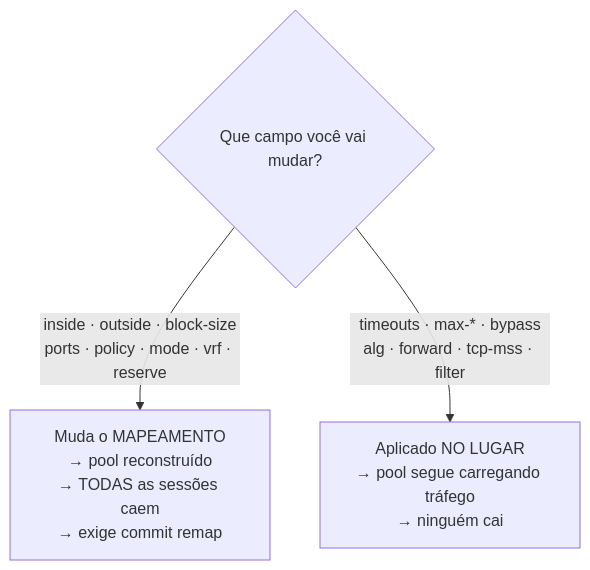
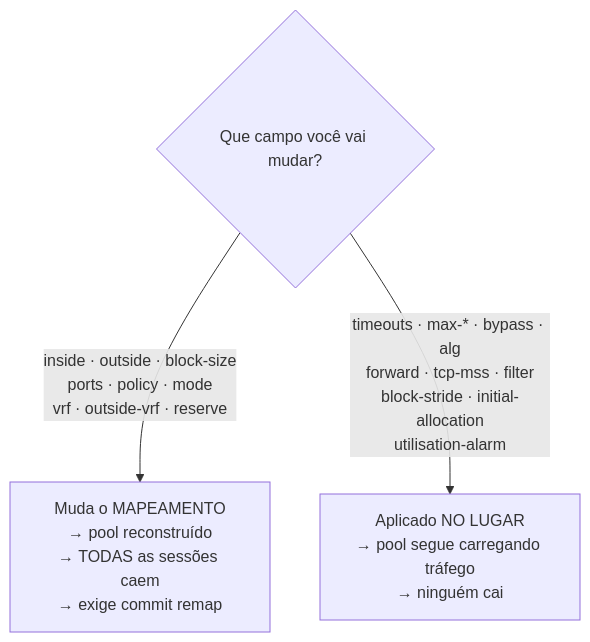
The diagram in wiki/referencia/vty-prismash-guia-de-uso/configuracao-de-pool.md (andrediashexa/prismarouting), drawn with Mermaid before and after one commit. The commit also changed other lines of this file and 33 other files, not shown here.

````diff
--- a/wiki/referencia/vty-prismash-guia-de-uso/configuracao-de-pool.md
+++ b/wiki/referencia/vty-prismash-guia-de-uso/configuracao-de-pool.md
@@ -30,6 +34,6 @@
 ```mermaid
 flowchart TD
     C{"Que campo você vai mudar?"}
-    C -->|"inside · outside · block-size<br/>ports · policy · mode · vrf · reserve"| R["Muda o MAPEAMENTO<br/>→ pool reconstruído<br/>→ TODAS as sessões caem<br/>→ exige commit remap"]
-    C -->|"timeouts · max-* · bypass<br/>alg · forward · tcp-mss · filter"| I["Aplicado NO LUGAR<br/>→ pool segue carregando tráfego<br/>→ ninguém cai"]
+    C -->|"inside · outside · block-size<br/>ports · policy · mode<br/>vrf · outside-vrf · reserve"| R["Muda o MAPEAMENTO<br/>→ pool reconstruído<br/>→ TODAS as sessões caem<br/>→ exige commit remap"]
+    C -->|"timeouts · max-* · bypass · alg<br/>forward · tcp-mss · filter<br/>block-stride · initial-allocation<br/>utilisation-alarm"| I["Aplicado NO LUGAR<br/>→ pool segue carregando tráfego<br/>→ ninguém cai"]
 ```
````
